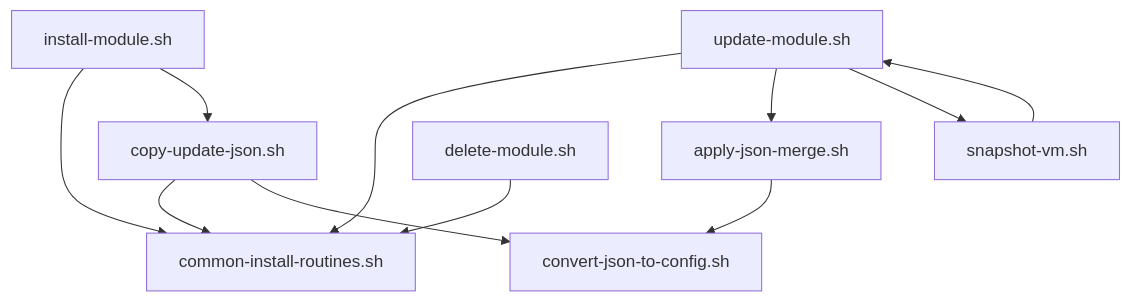
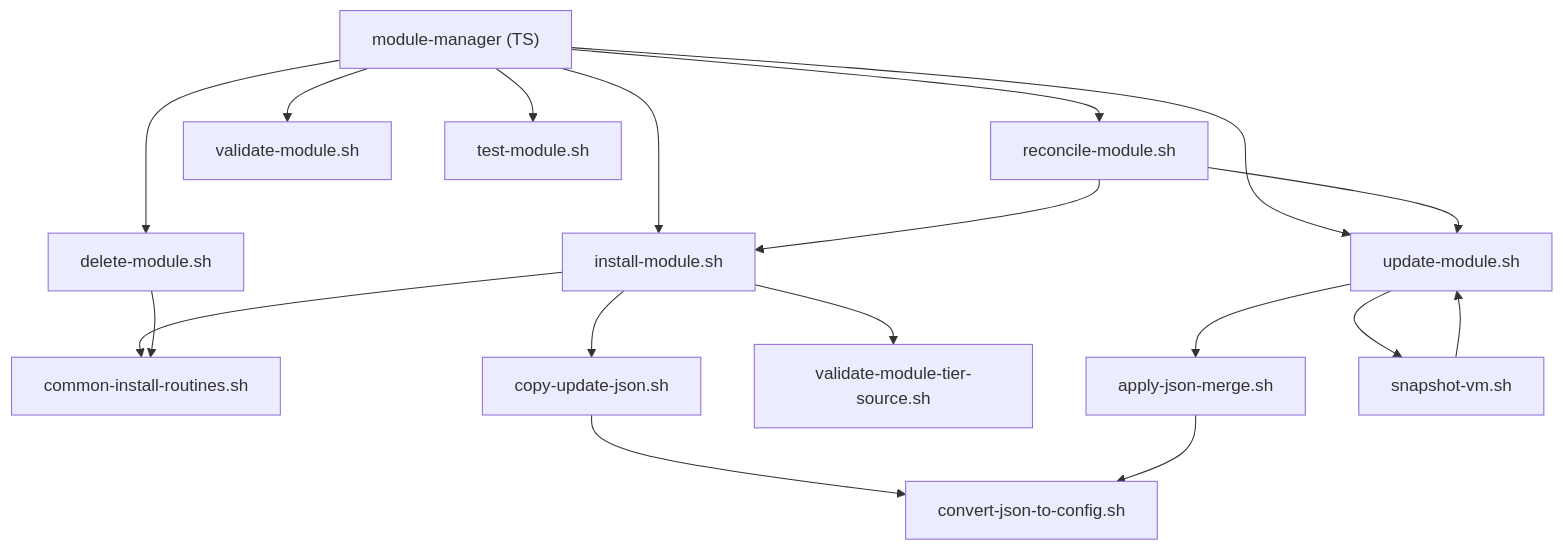
Before and after one commit to TAPPaaS/TAPPaaS: the first of 5 diagrams in src/foundation/DEPENDENCIES.md, drawn with Mermaid. The commit also changed other lines of this file and 2 other files, not shown here.

````diff
--- a/src/foundation/DEPENDENCIES.md
+++ b/src/foundation/DEPENDENCIES.md
@@ -194,13 +190,20 @@
 ```mermaid
 graph TD
-    IM["install-module.sh"] --> CIR["common-install-routines.sh"]
+    MM["module-manager (TS)"] --> IM["install-module.sh"]
+    MM --> UM["update-module.sh"]
+    MM --> DM["delete-module.sh"]
+    MM --> RM["reconcile-module.sh"]
+    MM --> VM["validate-module.sh"]
+    MM --> TM["test-module.sh"]
+    IM --> CIR["common-install-routines.sh"]
     IM --> CUJ["copy-update-json.sh"]
-    CUJ --> CIR
+    IM --> VMT["validate-module-tier-source.sh"]
     CUJ --> CJC["convert-json-to-config.sh"]
-    UM["update-module.sh"] --> CIR
     UM --> AJM["apply-json-merge.sh"]
     UM --> SV["snapshot-vm.sh"]
     AJM --> CJC
     SV --> UM
-    DM["delete-module.sh"] --> CIR
+    RM --> IM
+    RM --> UM
+    DM --> CIR
 ```
````
